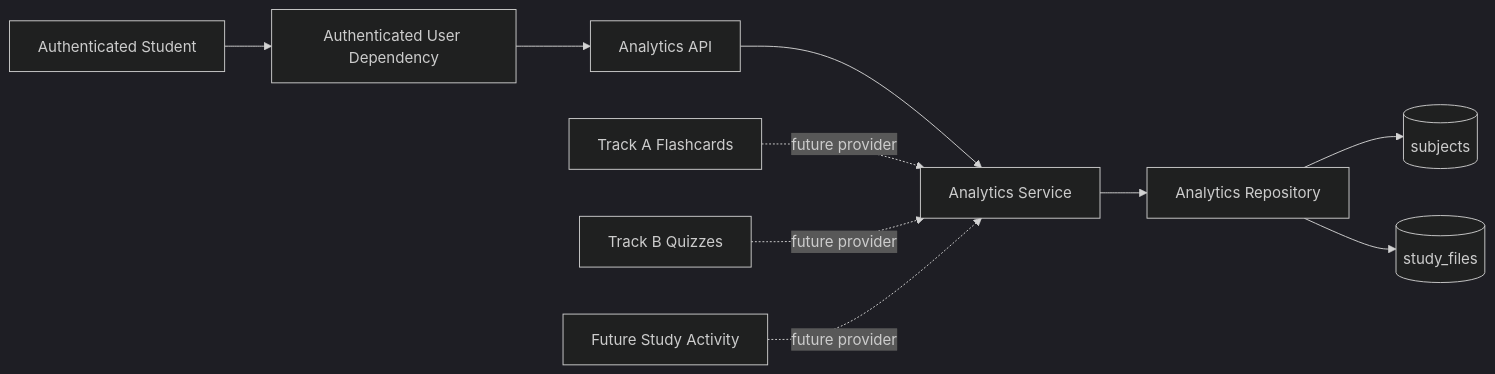
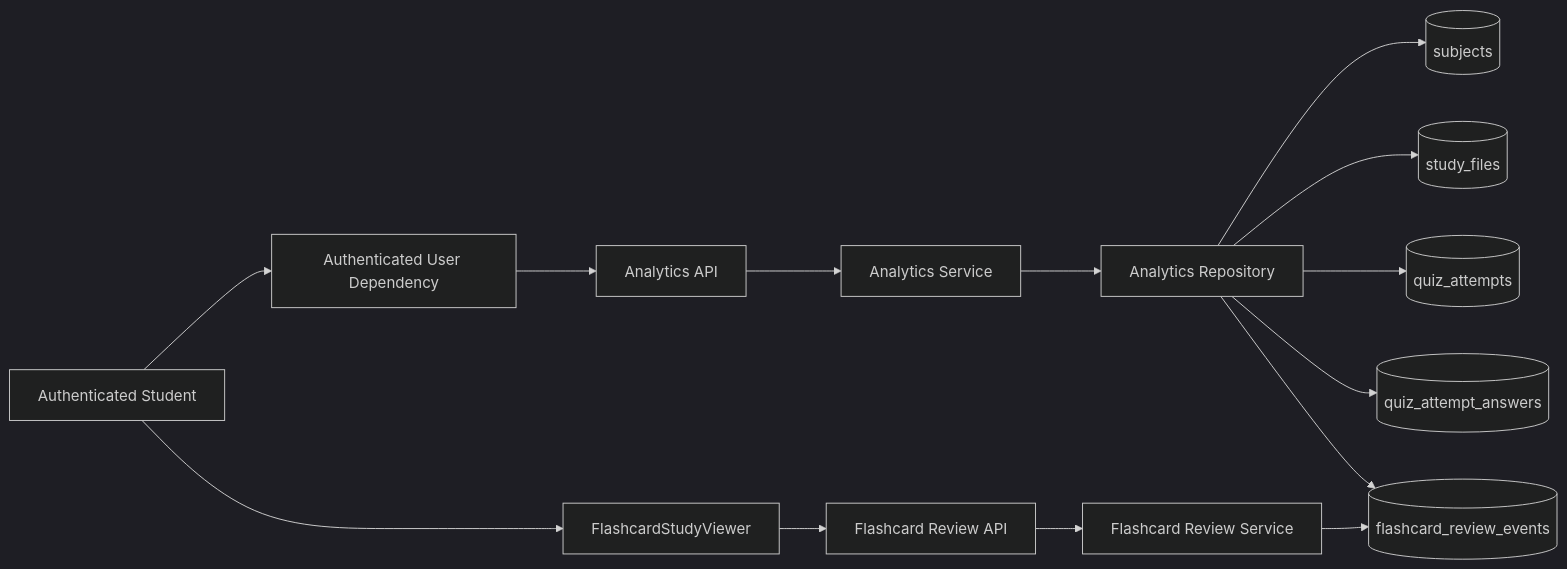
One commit to jianna-acc/stsp-capstone changed diagram 19 of 23 in docs/ARCHITECTURE.md. Above: the diagram before and after it, drawn with Mermaid (dark theme). The commit also changed other lines of this file and 28 other files, not shown here.

Commit message:
feat(analytics): add flashcard review performance metrics

````diff
--- a/docs/ARCHITECTURE.md
+++ b/docs/ARCHITECTURE.md
@@ -1332,24 +1387,35 @@
 ```mermaid
 flowchart LR
-    U[Authenticated Student]
-    AUTH[Authenticated User Dependency]
-    ROUTE[Analytics API]
-    SERVICE[Analytics Service]
-    REPO[Analytics Repository]
-    SUBJECTS[(subjects)]
-    FILES[(study_files)]
-    A[Track A Flashcards]
-    B[Track B Quizzes]
-    ACT[Future Study Activity]
+    U["Authenticated Student"]
+    AUTH["Authenticated User Dependency"]
+
+    ANALYTICS_API["Analytics API"]
+    ANALYTICS_SERVICE["Analytics Service"]
+    ANALYTICS_REPO["Analytics Repository"]
+
+    SUBJECTS[("subjects")]
+    FILES[("study_files")]
+    QUIZ_ATTEMPTS[("quiz_attempts")]
+    QUIZ_ANSWERS[("quiz_attempt_answers")]
+    FLASHCARD_REVIEWS[("flashcard_review_events")]
+
+    FLASHCARD_UI["FlashcardStudyViewer"]
+    FLASHCARD_REVIEW_API["Flashcard Review API"]
+    FLASHCARD_REVIEW_SERVICE["Flashcard Review Service"]
 
     U --> AUTH
-    AUTH --> ROUTE
-    ROUTE --> SERVICE
-    SERVICE --> REPO
-    REPO --> SUBJECTS
-    REPO --> FILES
+    AUTH --> ANALYTICS_API
+    ANALYTICS_API --> ANALYTICS_SERVICE
+    ANALYTICS_SERVICE --> ANALYTICS_REPO
 
-    A -. future provider .-> SERVICE
-    B -. future provider .-> SERVICE
-    ACT -. future provider .-> SERVICE
+    ANALYTICS_REPO --> SUBJECTS
+    ANALYTICS_REPO --> FILES
+    ANALYTICS_REPO --> QUIZ_ATTEMPTS
+    ANALYTICS_REPO --> QUIZ_ANSWERS
+    ANALYTICS_REPO --> FLASHCARD_REVIEWS
+
+    U --> FLASHCARD_UI
+    FLASHCARD_UI --> FLASHCARD_REVIEW_API
+    FLASHCARD_REVIEW_API --> FLASHCARD_REVIEW_SERVICE
+    FLASHCARD_REVIEW_SERVICE --> FLASHCARD_REVIEWS
 ```
````
